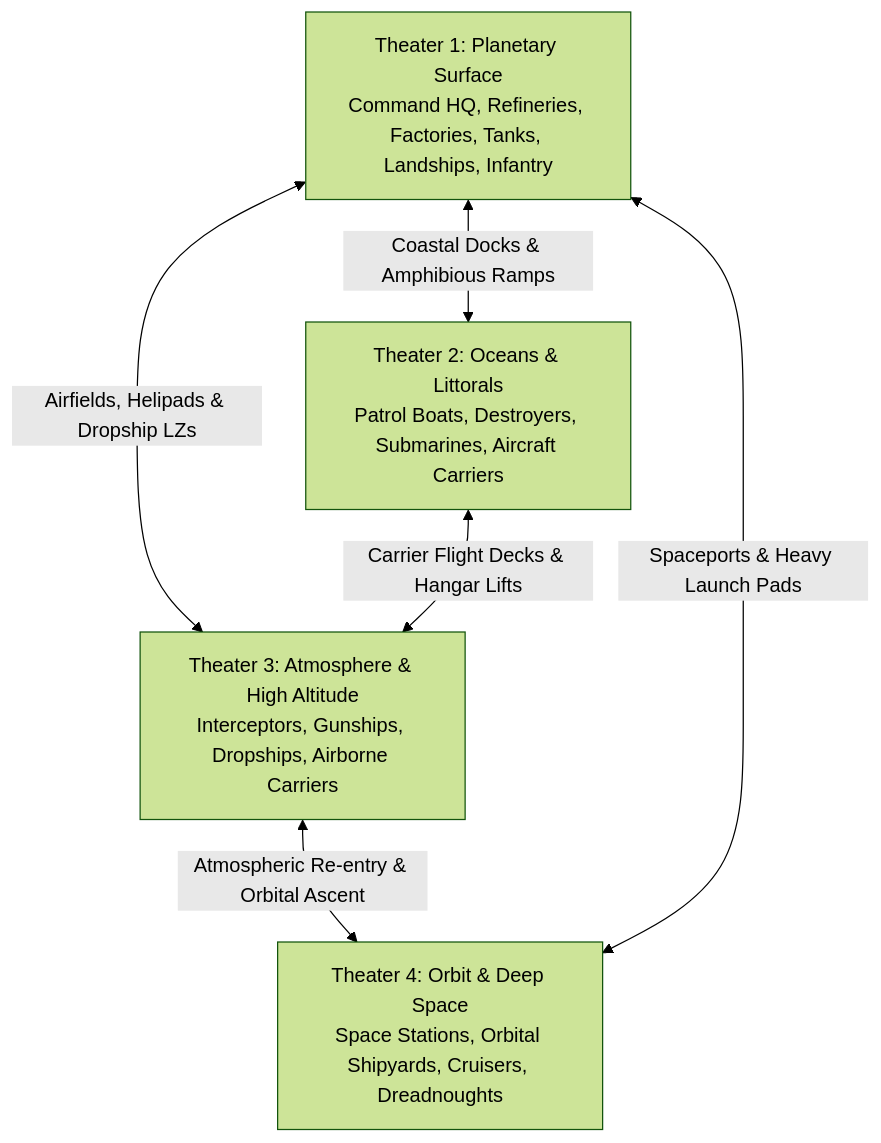
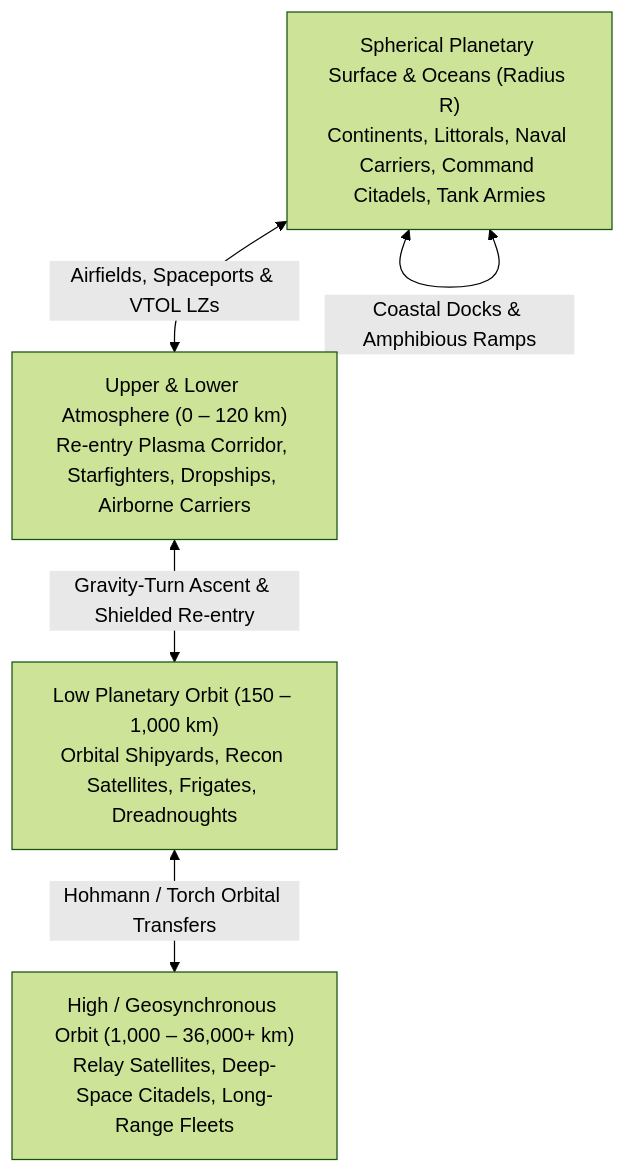
The second of 2 diagrams in docs/CONCEPT.md (stbange/1prtsg), drawn with Mermaid (forest theme) before and after one commit. The commit also changed other lines of this file and 3 other files, not shown here.

Commit message:
docs: lock in space-opera, ironman, true-scale spherical planet & orbital mechanics design

````diff
--- a/docs/CONCEPT.md
+++ b/docs/CONCEPT.md
@@ -148,13 +138,12 @@
 ```mermaid
 flowchart TB
-    L4["Theater 4: Orbit & Deep Space\nSpace Stations, Orbital Shipyards, Cruisers, Dreadnoughts"]
-    L3["Theater 3: Atmosphere & High Altitude\nInterceptors, Gunships, Dropships, Airborne Carriers"]
-    L2["Theater 2: Oceans & Littorals\nPatrol Boats, Destroyers, Submarines, Aircraft Carriers"]
-    L1["Theater 1: Planetary Surface\nCommand HQ, Refineries, Factories, Tanks, Landships, Infantry"]
+    ORB["High / Geosynchronous Orbit (1,000 – 36,000+ km)\nRelay Satellites, Deep-Space Citadels, Long-Range Fleets"]
+    LEO["Low Planetary Orbit (150 – 1,000 km)\nOrbital Shipyards, Recon Satellites, Frigates, Dreadnoughts"]
+    ATMO["Upper & Lower Atmosphere (0 – 120 km)\nRe-entry Plasma Corridor, Starfighters, Dropships, Airborne Carriers"]
+    SURF["Spherical Planetary Surface & Oceans (Radius R)\nContinents, Littorals, Naval Carriers, Command Citadels, Tank Armies"]
 
-    L1 <-->|"Coastal Docks & Amphibious Ramps"| L2
-    L1 <-->|"Airfields, Helipads & Dropship LZs"| L3
-    L2 <-->|"Carrier Flight Decks & Hangar Lifts"| L3
-    L3 <-->|"Atmospheric Re-entry & Orbital Ascent"| L4
-    L1 <-->|"Spaceports & Heavy Launch Pads"| L4
+    SURF <-->|"Coastal Docks & Amphibious Ramps"| SURF
+    SURF <-->|"Airfields, Spaceports & VTOL LZs"| ATMO
+    ATMO <-->|"Gravity-Turn Ascent & Shielded Re-entry"| LEO
+    LEO <-->|"Hohmann / Torch Orbital Transfers"| ORB
 ```
````
